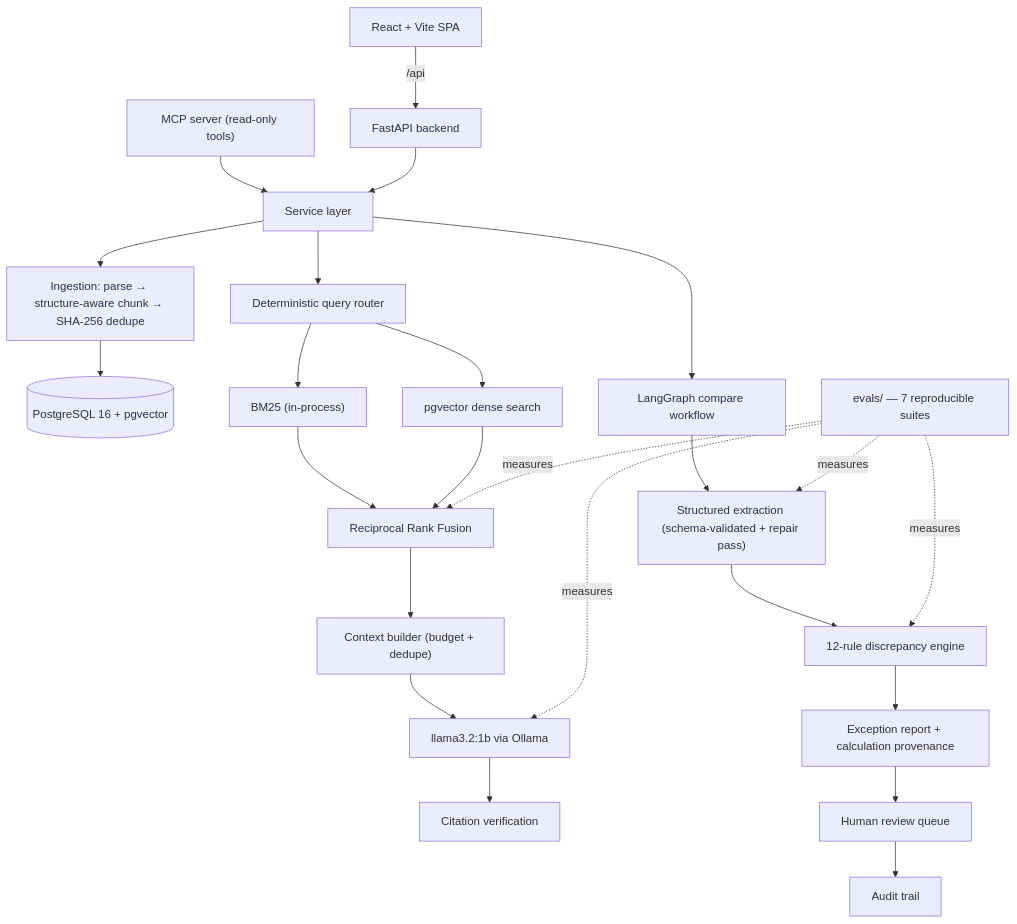
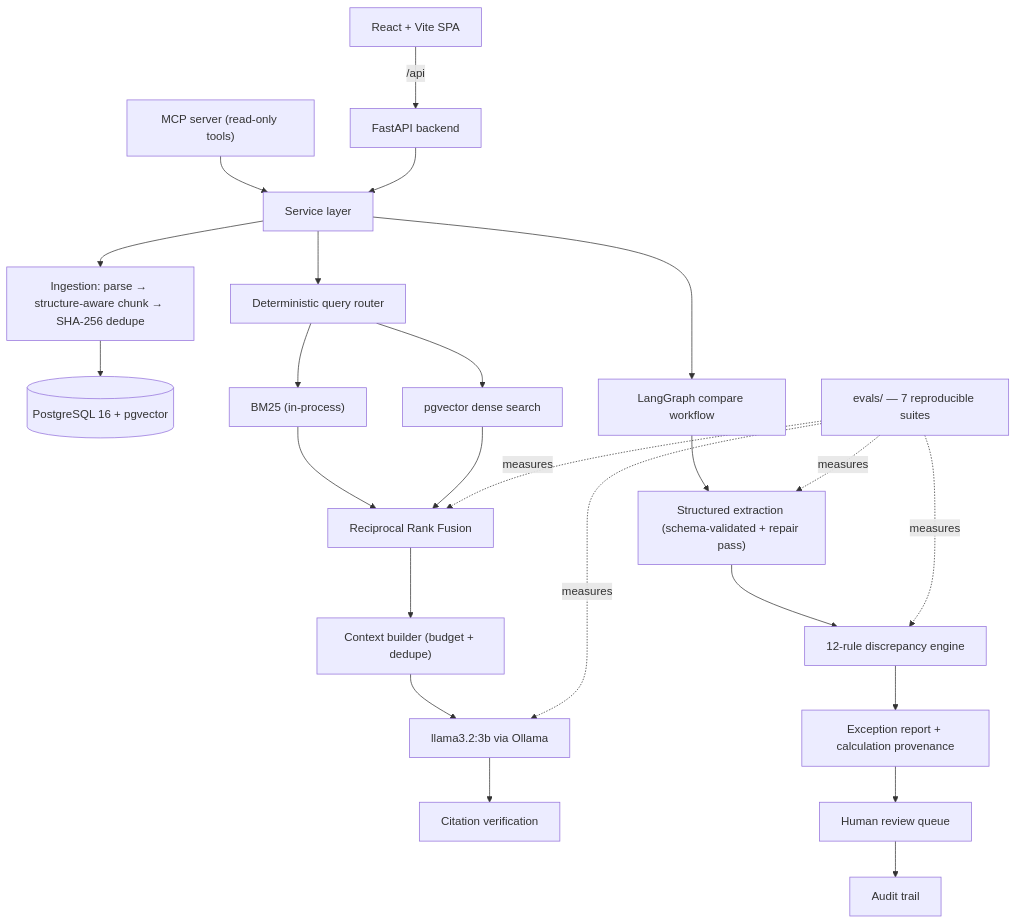
The diagram in README.md (trongjhuongwr/Local_Document_Intelligence_Platform), drawn with Mermaid before and after one commit. The commit also changed other lines of this file and 32 other files, not shown here.

````diff
--- a/README.md
+++ b/README.md
@@ -42,30 +44,30 @@
 ```mermaid
 flowchart TD
     UI["React + Vite SPA"] -->|/api| API["FastAPI backend"]
     MCP["MCP server (read-only tools)"] --> SVC
 
     API --> SVC["Service layer"]
     SVC --> ING["Ingestion: parse → structure-aware chunk → SHA-256 dedupe"]
     ING --> PG[("PostgreSQL 16 + pgvector")]
 
     SVC --> ROUTE["Deterministic query router"]
     ROUTE --> BM25["BM25 (in-process)"]
     ROUTE --> VEC["pgvector dense search"]
     BM25 --> RRF["Reciprocal Rank Fusion"]
     VEC --> RRF
     RRF --> CTX["Context builder (budget + dedupe)"]
-    CTX --> LLM["llama3.2:1b via Ollama"]
+    CTX --> LLM["llama3.2:3b via Ollama"]
     LLM --> VERIFY["Citation verification"]
 
     SVC --> WF["LangGraph compare workflow"]
     WF --> EX["Structured extraction (schema-validated + repair pass)"]
     EX --> RULES["12-rule discrepancy engine"]
     RULES --> REPORT["Exception report + calculation provenance"]
     REPORT --> REVIEW["Human review queue"]
     REVIEW --> AUDIT["Audit trail"]
 
     EVAL["evals/ — 7 reproducible suites"] -.measures.-> RULES
     EVAL -.measures.-> EX
     EVAL -.measures.-> RRF
     EVAL -.measures.-> LLM
 ```
````
